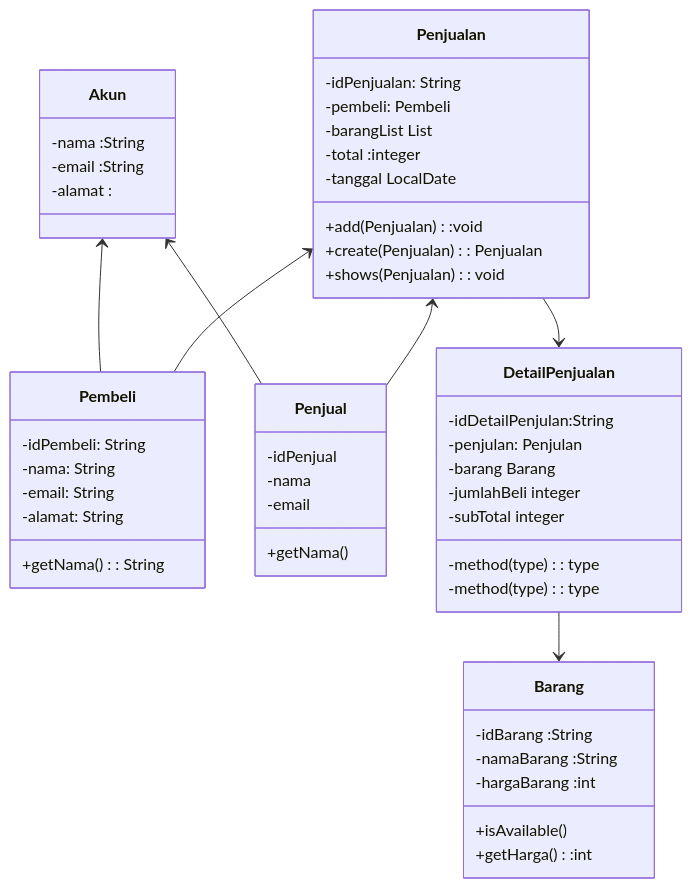
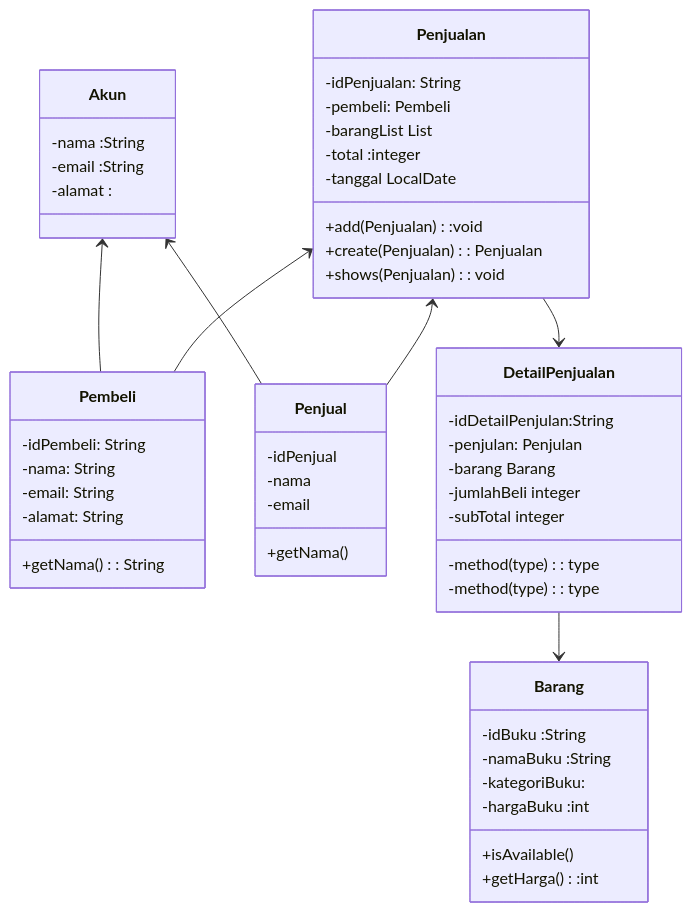
Before and after one commit to ikhsanhazamy/UAS-DASPRO: the diagram in README.md, drawn with Mermaid. The commit also changed other lines of this file, not shown here.

````diff
--- a/README.md
+++ b/README.md
@@ -12,54 +3,55 @@
 ```mermaid
 classDiagram
     class Akun{
         -nama :String
         -email :String
         -alamat :
     }
     class Barang{
-        -idBarang :String
-        -namaBarang :String
-        -hargaBarang :int
+        -idBuku :String
+        -namaBuku :String
+        -kategoriBuku:
+        -hargaBuku :int
         +isAvailable() 
         +getHarga():int
     }
     class Pembeli{
         -idPembeli: String 
         -nama: String 
         -email: String 
         -alamat: String 
         +getNama(): String
     }
 
     class Penjual{
         -idPenjual
         -nama
         -email
         +getNama()
     }
     class Penjualan{
         -idPenjualan: String 
         -pembeli: Pembeli 
         -barangList List<Barang>  
         -total :integer  
         -tanggal LocalDate  
         +add(Penjualan):void   
         +create(Penjualan): Penjualan   
         +shows(Penjualan): void   
     }
     class DetailPenjualan{
         -idDetailPenjulan:String   
         -penjulan: Penjulan   
         -barang Barang    
         -jumlahBeli integer    
         -subTotal integer    
         -method(type): type    
         -method(type): type
     }
     Akun <-- Pembeli
     Akun <-- Penjual
     DetailPenjualan --> Barang
     Penjualan --> DetailPenjualan
     Penjualan <-- Pembeli
     Penjualan <-- Penjual
 ```
````
